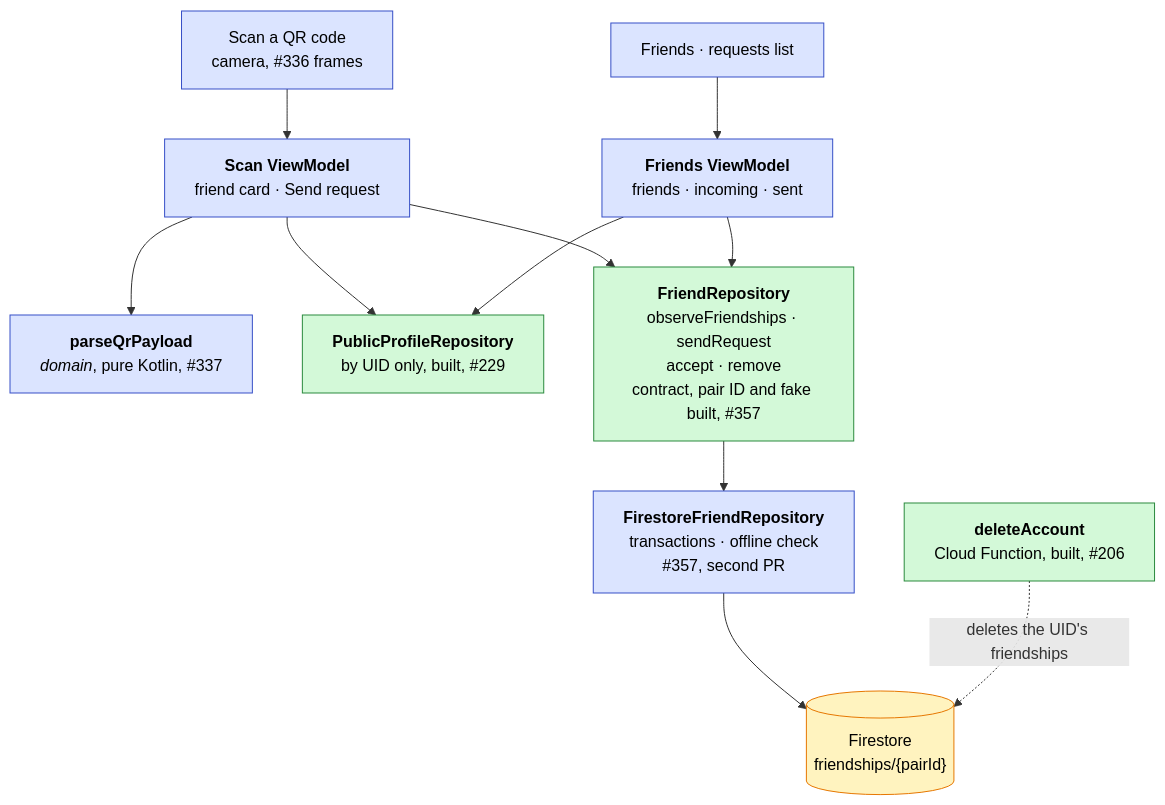
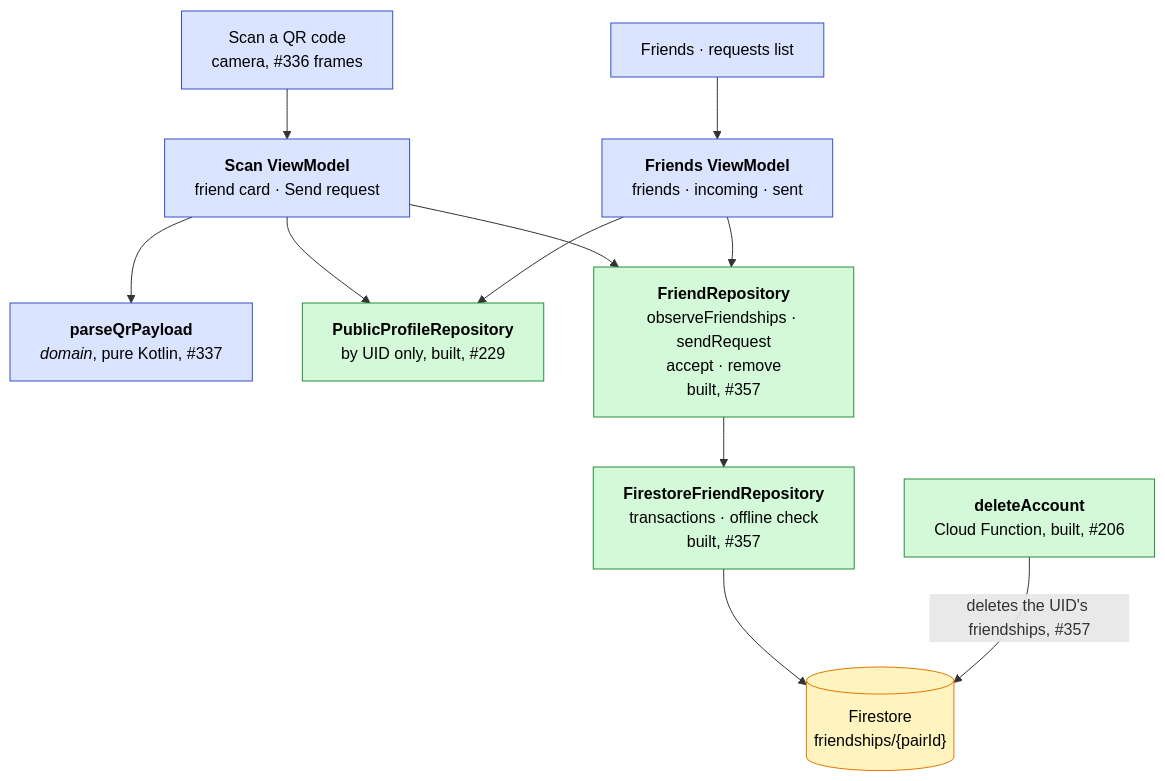
Before and after one commit to swent-polysocial/PolySocial: the seventh of 14 diagrams in docs/Architecture-Diagram.md, drawn with Mermaid. The commit also changed other lines of this file and 2 other files, not shown here.

First line of the commit message:
docs: record the stored friendships

````diff
--- a/docs/Architecture-Diagram.md
+++ b/docs/Architecture-Diagram.md
@@ -300,17 +300,17 @@
 ```mermaid
 flowchart TB
   classDef pb fill:#dbe4ff,stroke:#364fc7,color:#000
   classDef ext fill:#fff3bf,stroke:#e67700,color:#000
   classDef s1 fill:#d3f9d8,stroke:#2b8a3e,color:#000
 
   scan["Scan a QR code<br/>camera, #336 frames"]:::pb --> scanVM["<b>Scan ViewModel</b><br/>friend card · Send request"]:::pb
   scanVM --> qr["<b>parseQrPayload</b><br/><i>domain</i>, pure Kotlin, #337"]:::pb
   scanVM --> pub["<b>PublicProfileRepository</b><br/>by UID only, built, #229"]:::s1
-  scanVM --> friendRepo["<b>FriendRepository</b><br/>observeFriendships · sendRequest<br/>accept · remove<br/>contract, pair ID and fake built, #357"]:::s1
+  scanVM --> friendRepo["<b>FriendRepository</b><br/>observeFriendships · sendRequest<br/>accept · remove<br/>built, #357"]:::s1
   friendsUi["Friends · requests list"]:::pb --> friendsVM["<b>Friends ViewModel</b><br/>friends · incoming · sent"]:::pb
   friendsVM --> friendRepo
   friendsVM --> pub
-  friendRepo --> fsRepo["<b>FirestoreFriendRepository</b><br/>transactions · offline check<br/>#357, second PR"]:::pb
+  friendRepo --> fsRepo["<b>FirestoreFriendRepository</b><br/>transactions · offline check<br/>built, #357"]:::s1
   fsRepo --> fs[("Firestore<br/>friendships/{pairId}")]:::ext
-  delFn["<b>deleteAccount</b><br/>Cloud Function, built, #206"]:::s1 -. "deletes the UID's friendships" .-> fs
+  delFn["<b>deleteAccount</b><br/>Cloud Function, built, #206"]:::s1 -- "deletes the UID's friendships, #357" --> fs
 ```
````
